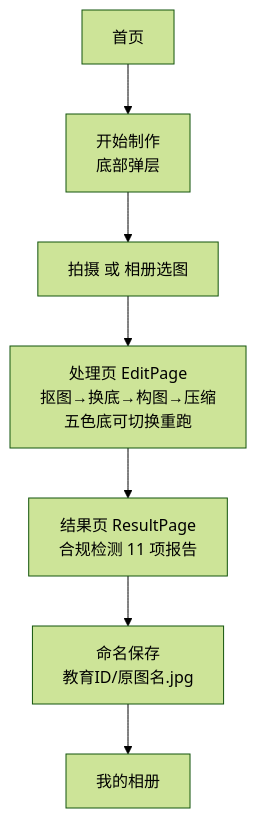
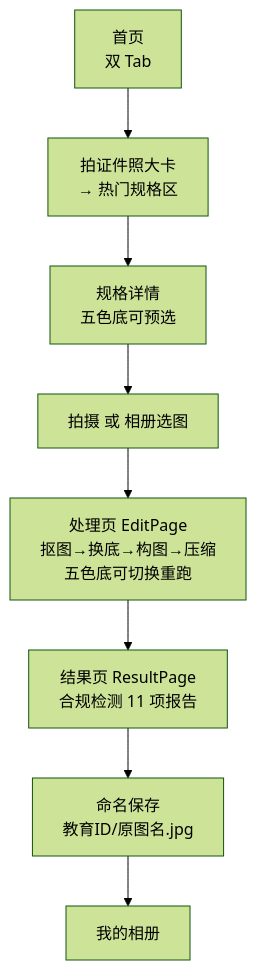
Before and after one commit to chunguangwei/photoid: the diagram in docs/product.md, drawn with Mermaid (forest theme). The commit also changed other lines of this file and 2 other files, not shown here.

Commit message:
docs: 同步 review 修复后的实现（双 Tab 主页/底色泛化/正式签名 SOP/iOS 隐私清单/规格数据修正）

````diff
--- a/docs/product.md
+++ b/docs/product.md
@@ -40,9 +46,10 @@
 ```mermaid
 flowchart TD
-    A[首页] --> B[开始制作<br/>底部弹层]
-    B --> C[拍摄 或 相册选图]
-    C --> D[处理页 EditPage<br/>抠图→换底→构图→压缩<br/>五色底可切换重跑]
-    D --> E[结果页 ResultPage<br/>合规检测 11 项报告]
-    E --> F[命名保存<br/>教育ID/原图名.jpg]
-    F --> G[我的相册]
+    A[首页<br/>双 Tab] --> B[拍证件照大卡<br/>→ 热门规格区]
+    B --> C[规格详情<br/>五色底可预选]
+    C --> D[拍摄 或 相册选图]
+    D --> E[处理页 EditPage<br/>抠图→换底→构图→压缩<br/>五色底可切换重跑]
+    E --> F[结果页 ResultPage<br/>合规检测 11 项报告]
+    F --> G[命名保存<br/>教育ID/原图名.jpg]
+    G --> H[我的相册]
 ```
````
